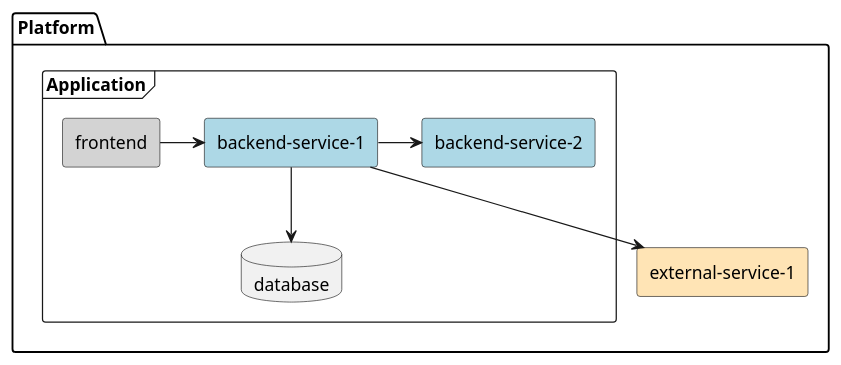
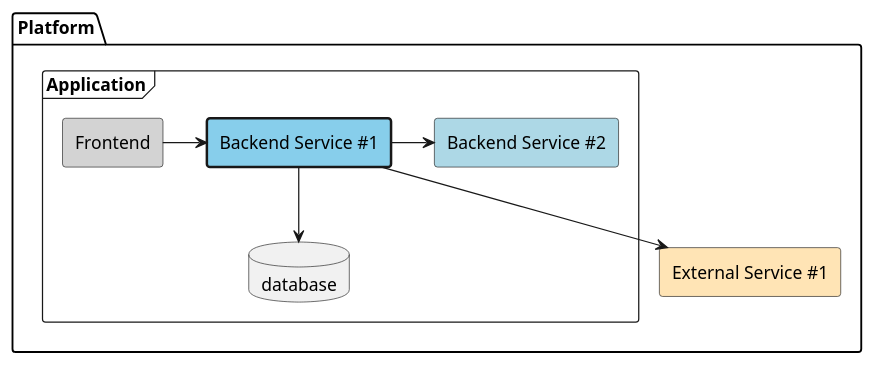
Before and after one commit to automatic-architecture-documentation/documentation: the diagram in src/plantuml/detailed/backend-service-1.puml, drawn with PlantUML. The commit also changed 31 other files, not shown here.

```diff
--- a/src/plantuml/detailed/backend-service-1.puml
+++ b/src/plantuml/detailed/backend-service-1.puml
@@ -1,19 +1,19 @@
 @startuml
 'https://plantuml.com/deployment-diagram
 
 folder "Platform" {
     frame "Application" {
-        rectangle "frontend" as frontend #lightgrey
-        rectangle "backend-service-1" as backendservice1 #lightblue
-        rectangle "backend-service-2" as backendservice2 #lightblue
+        rectangle "Frontend" as frontend #lightgrey
+        rectangle "Backend Service #1" as backendservice1 #skyblue;line.bold
+        rectangle "Backend Service #2" as backendservice2 #lightblue
         database "database" as backendservice1database
     }
-    rectangle "external-service-1" as externalservice1 #moccasin
+    rectangle "External Service #1" as externalservice1 #moccasin
 }
 
 frontend -r-> backendservice1
 backendservice1 -d-> backendservice1database
 backendservice1 -r-> backendservice2
 backendservice1 --> externalservice1
 
 @enduml
```
